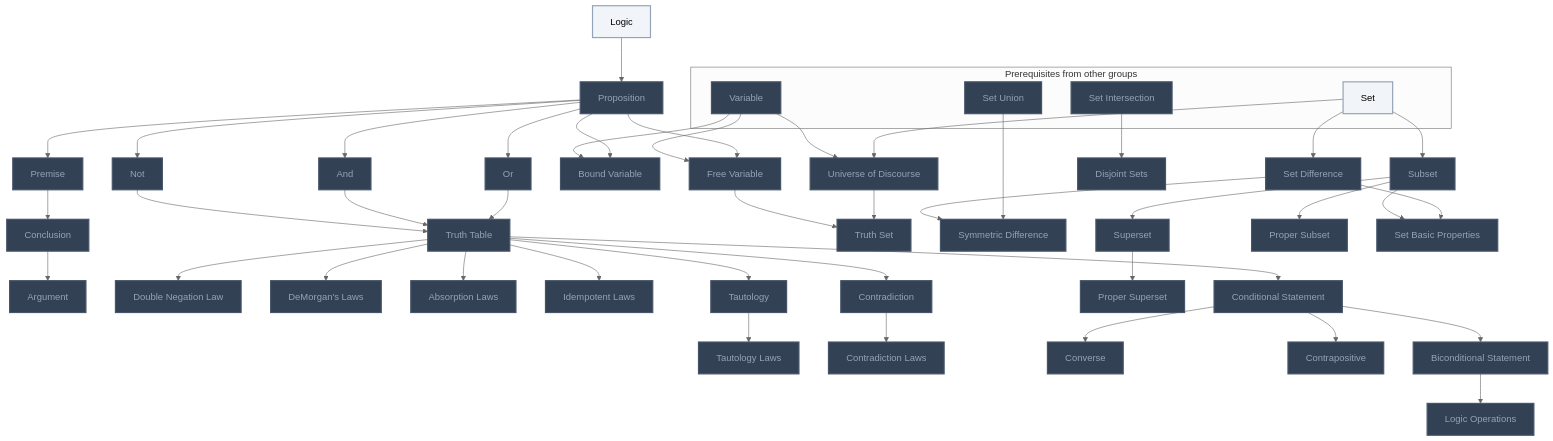
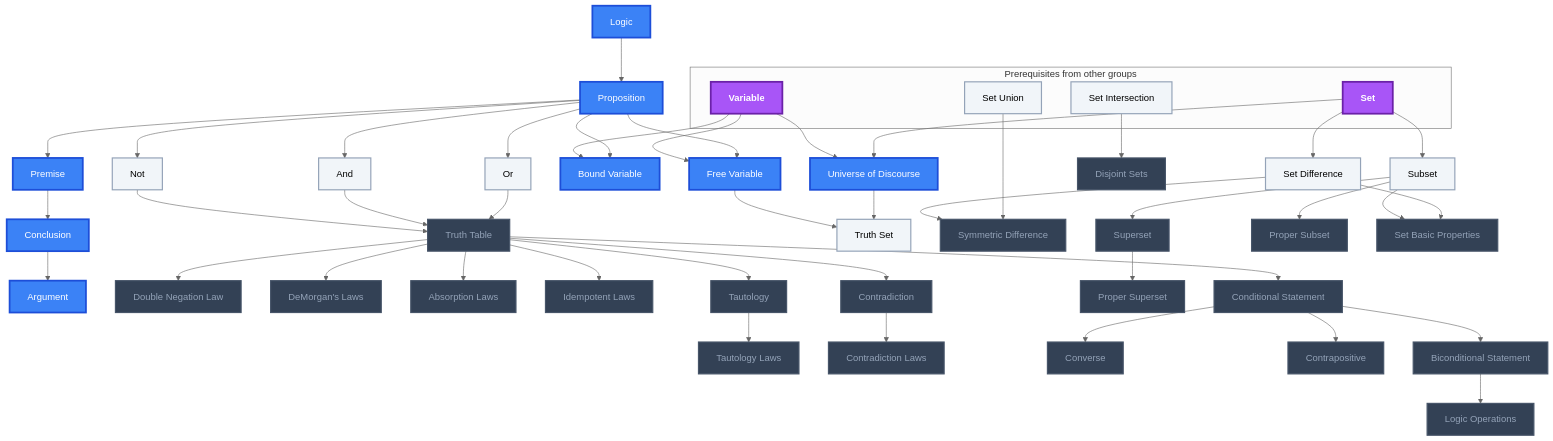
The first of 7 diagrams in Gamification/Skill Trees/Discrete Mathematics.md (MRauf1/My-Notes), drawn with Mermaid (neutral theme) before and after one commit. The commit also changed other lines of this file and 156 other files, not shown here.

````diff
--- a/Gamification/Skill Trees/Discrete Mathematics.md
+++ b/Gamification/Skill Trees/Discrete Mathematics.md
@@ -103,7 +103,9 @@
     n_conditional_statement --> n_contrapositive
     n_conditional_statement --> n_biconditional_statement
     n_biconditional_statement --> n_logic_operations
-    class n_variable,n_set_union,n_set_intersection,n_proposition,n_premise,n_conclusion,n_argument,n_not,n_and,n_or,n_truth_table,n_double_negation_law,n_demorgan_s_laws,n_absorption_laws,n_idempotent_laws,n_contradiction,n_tautology,n_tautology_laws,n_contradiction_laws,n_bound_variable,n_free_variable,n_universe_of_discourse,n_truth_set,n_set_difference,n_symmetric_difference,n_disjoint_sets,n_subset,n_superset,n_proper_subset,n_proper_superset,n_set_basic_properties,n_conditional_statement,n_converse,n_contrapositive,n_biconditional_statement,n_logic_operations locked;
-    class n_set,n_logic L0;
+    class n_truth_table,n_double_negation_law,n_demorgan_s_laws,n_absorption_laws,n_idempotent_laws,n_contradiction,n_tautology,n_tautology_laws,n_contradiction_laws,n_symmetric_difference,n_disjoint_sets,n_superset,n_proper_subset,n_proper_superset,n_set_basic_properties,n_conditional_statement,n_converse,n_contrapositive,n_biconditional_statement,n_logic_operations locked;
+    class n_set_union,n_set_intersection,n_not,n_and,n_or,n_truth_set,n_set_difference,n_subset L0;
+    class n_logic,n_proposition,n_premise,n_conclusion,n_argument,n_bound_variable,n_free_variable,n_universe_of_discourse L2;
+    class n_variable,n_set L3;
     class n_variable,n_set,n_set_union,n_set_intersection,n_logic,n_proposition,n_premise,n_conclusion,n_argument,n_not,n_and,n_or,n_truth_table,n_double_negation_law,n_demorgan_s_laws,n_absorption_laws,n_idempotent_laws,n_contradiction,n_tautology,n_tautology_laws,n_contradiction_laws,n_bound_variable,n_free_variable,n_universe_of_discourse,n_truth_set,n_set_difference,n_symmetric_difference,n_disjoint_sets,n_subset,n_superset,n_proper_subset,n_proper_superset,n_set_basic_properties,n_conditional_statement,n_converse,n_contrapositive,n_biconditional_statement,n_logic_operations internal-link;
 ```
````
